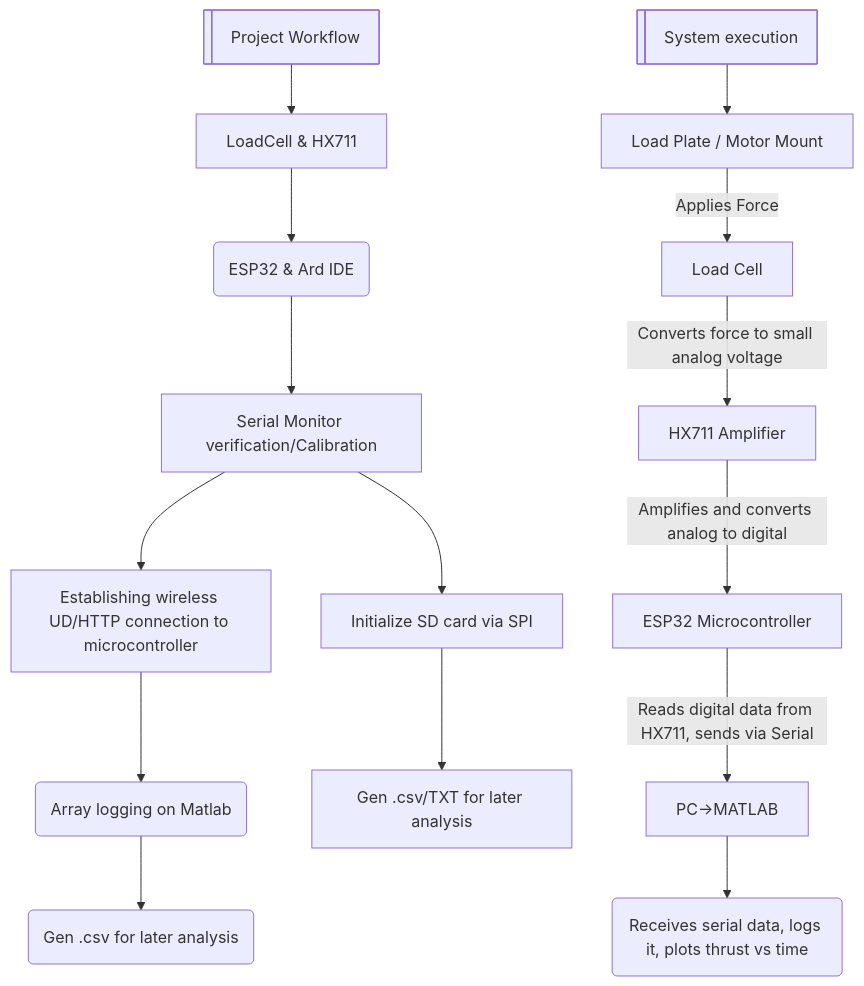
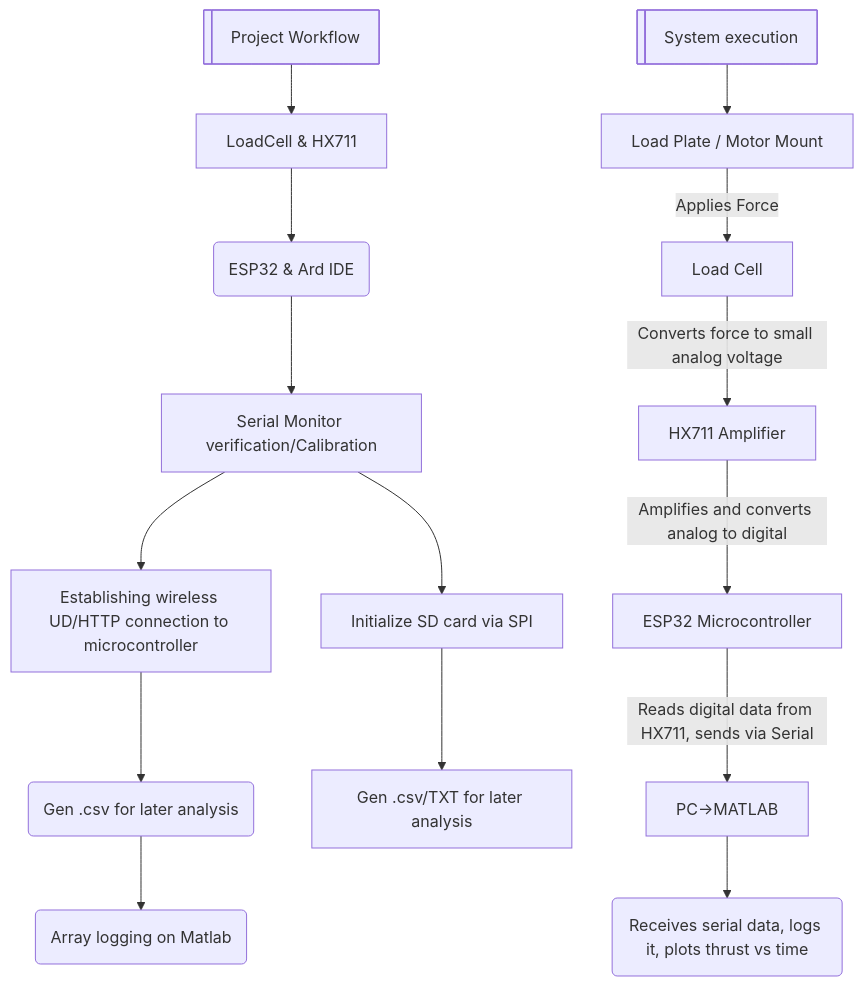
The diagram in README.md (TF-141-0/IITKRaSET_axial_thrust-Load-cell_amp-plot), drawn with Mermaid before and after one commit.

````diff
--- a/README.md
+++ b/README.md
@@ -4,19 +4,19 @@
 ```mermaid
 flowchart TD
     LIP[Project Workflow] -->B
     B[LoadCell & HX711] --> C(ESP32 & Ard IDE)
     C --> D[Serial Monitor verification/Calibration]
     D --> F[Establishing wireless UD/HTTP connection to microcontroller]
     D --> G[Initialize SD card via SPI]
-    F --> I(Array logging on Matlab)
+    J --> I(Array logging on Matlab)
     G --> H[Gen .csv/TXT for later analysis]
-    I --> J(Gen .csv for later analysis)
+    F --> J(Gen .csv for later analysis)
 LIP@{ shape: lin-proc}
     LIP2[System execution] --> LP
     LP[ Load Plate / Motor Mount ] --> |Applies Force|AF[ Load Cell ]
      AF -->|Converts force to small analog voltage|HX[HX711 Amplifier]
      HX -->|Amplifies and converts analog to digital|ESP[ ESP32 Microcontroller ]
      ESP -->|Reads digital data from HX711, sends via Serial|MT[ PC->MATLAB ]
      MT -->SX(Receives serial data, logs it, plots thrust vs time)
 LIP2@{ shape: lin-proc}
   ```
````
